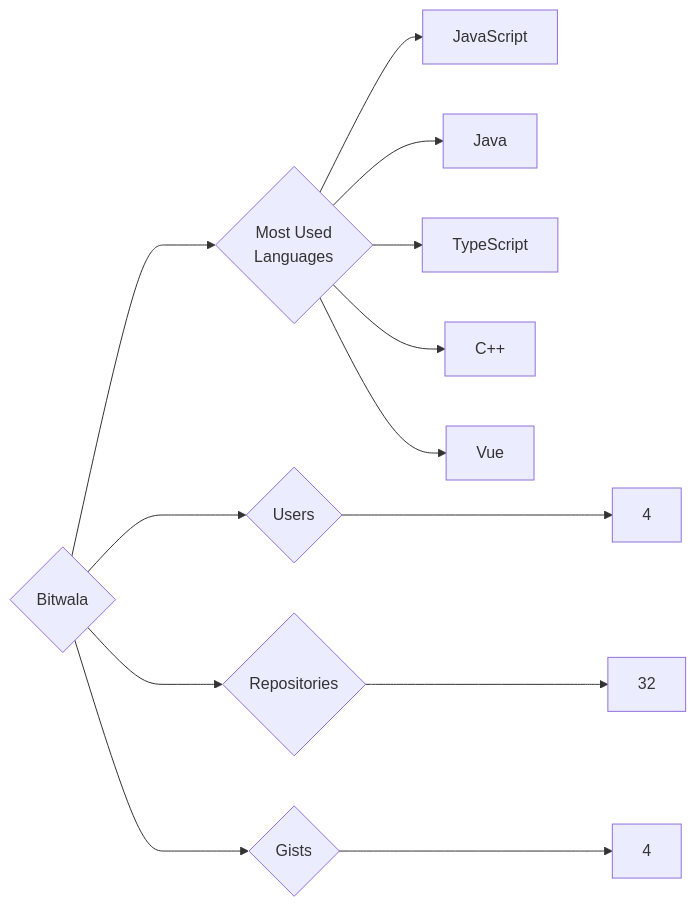
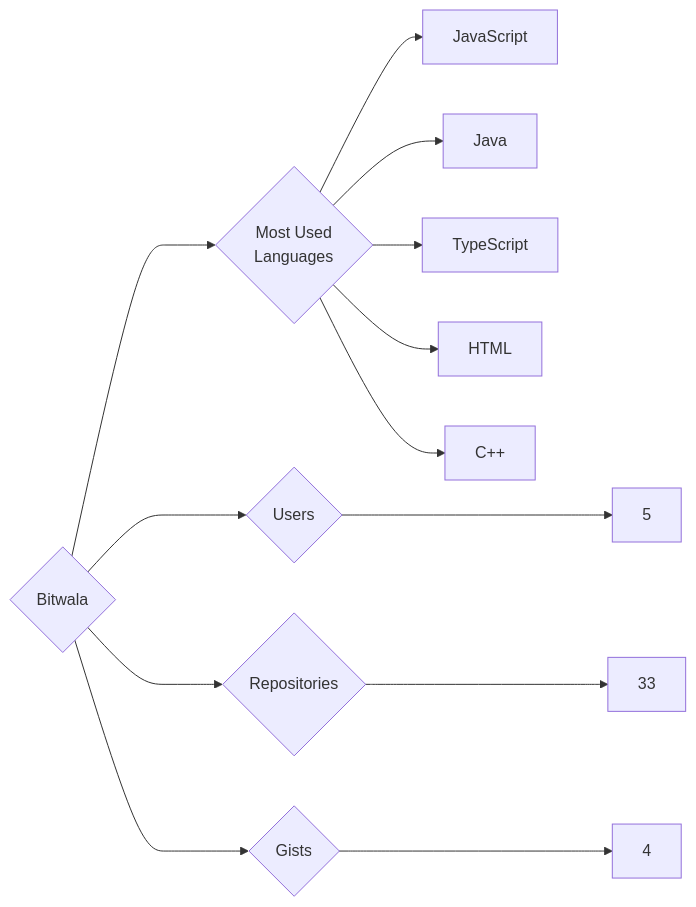
One commit to trickest/insiders changed the diagram in targets/Bitwala/README.md. Above: the diagram before and after it, drawn with Mermaid. The commit also changed 783 other files, not shown here.

````diff
--- a/targets/Bitwala/README.md
+++ b/targets/Bitwala/README.md
@@ -3,13 +3,13 @@
 ```mermaid
 graph LR
 COMPANY_NAME{Bitwala}
-COMPANY_NAME ---> U{Users} ---> UN[4]
-COMPANY_NAME ---> R{Repositories} ---> RN[32]
+COMPANY_NAME ---> U{Users} ---> UN[5]
+COMPANY_NAME ---> R{Repositories} ---> RN[33]
 COMPANY_NAME ---> G{Gists} ---> GN[4]
 COMPANY_NAME ---> ML{Most Used<br>Languages}
 ML --> JavaScript[JavaScript]
 ML --> Java[Java]
 ML --> TypeScript[TypeScript]
+ML --> HTML[HTML]
 ML --> C++[C++]
-ML --> Vue[Vue]
 ```
````
